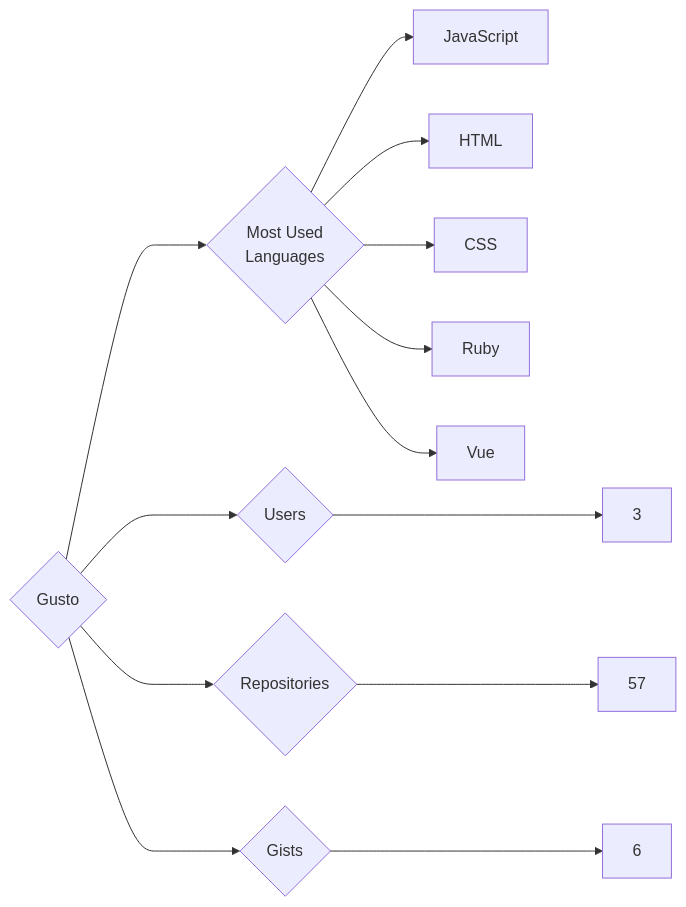
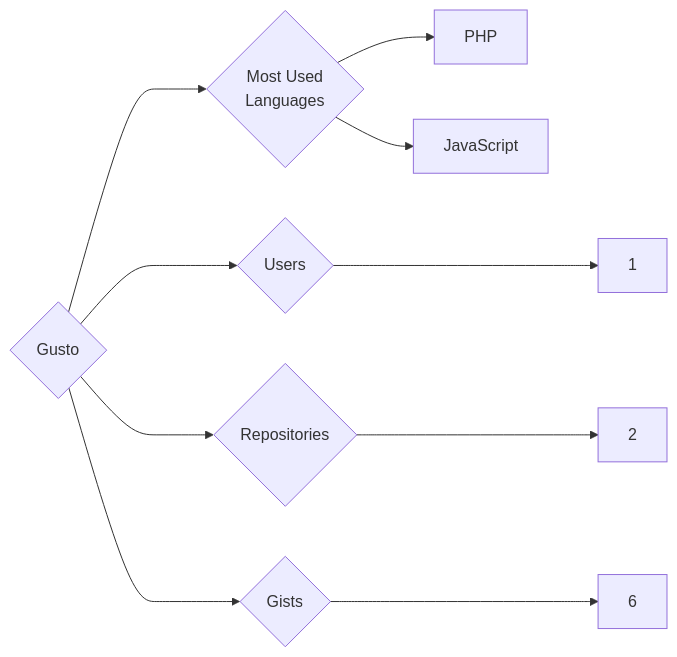
One commit to trickest/insiders changed the diagram in targets/Gusto/README.md. Above: the diagram before and after it, drawn with Mermaid. The commit also changed 724 other files, not shown here.

````diff
--- a/targets/Gusto/README.md
+++ b/targets/Gusto/README.md
@@ -3,13 +3,10 @@
 ```mermaid
 graph LR
 COMPANY_NAME{Gusto}
-COMPANY_NAME ---> U{Users} ---> UN[3]
-COMPANY_NAME ---> R{Repositories} ---> RN[57]
+COMPANY_NAME ---> U{Users} ---> UN[1]
+COMPANY_NAME ---> R{Repositories} ---> RN[2]
 COMPANY_NAME ---> G{Gists} ---> GN[6]
 COMPANY_NAME ---> ML{Most Used<br>Languages}
+ML --> PHP[PHP]
 ML --> JavaScript[JavaScript]
-ML --> HTML[HTML]
-ML --> CSS[CSS]
-ML --> Ruby[Ruby]
-ML --> Vue[Vue]
 ```
````
